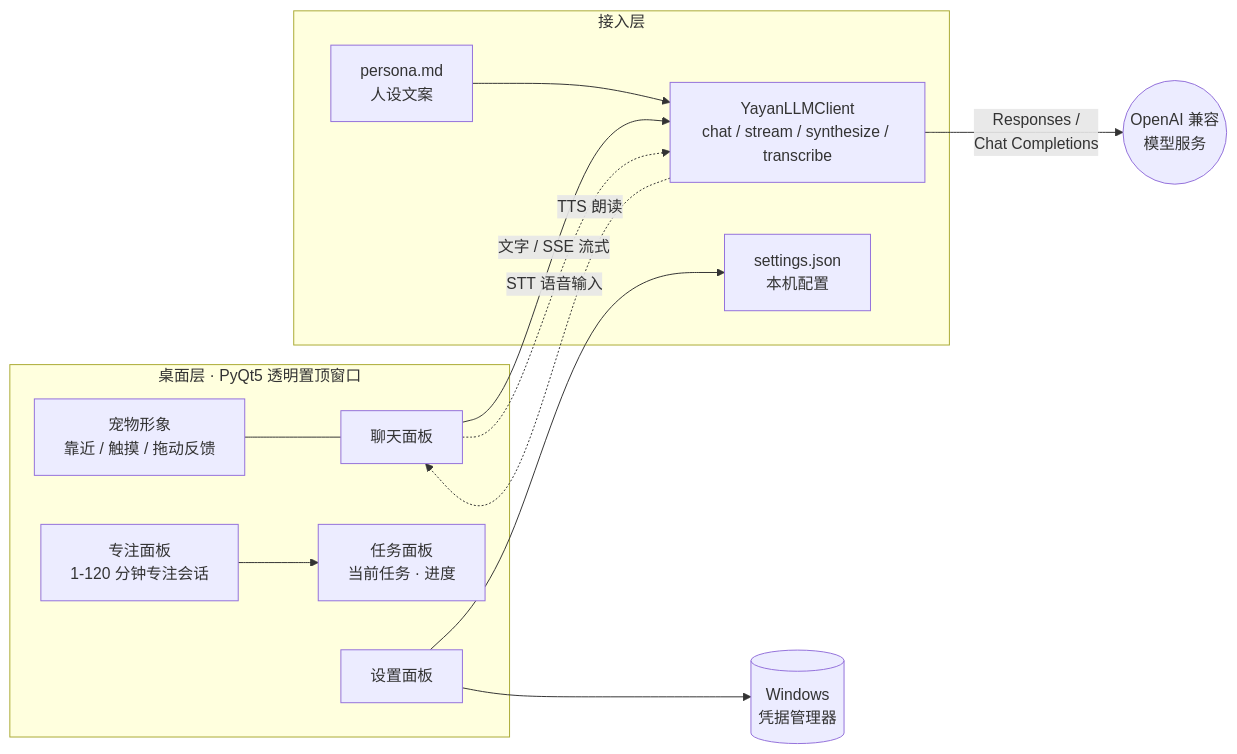
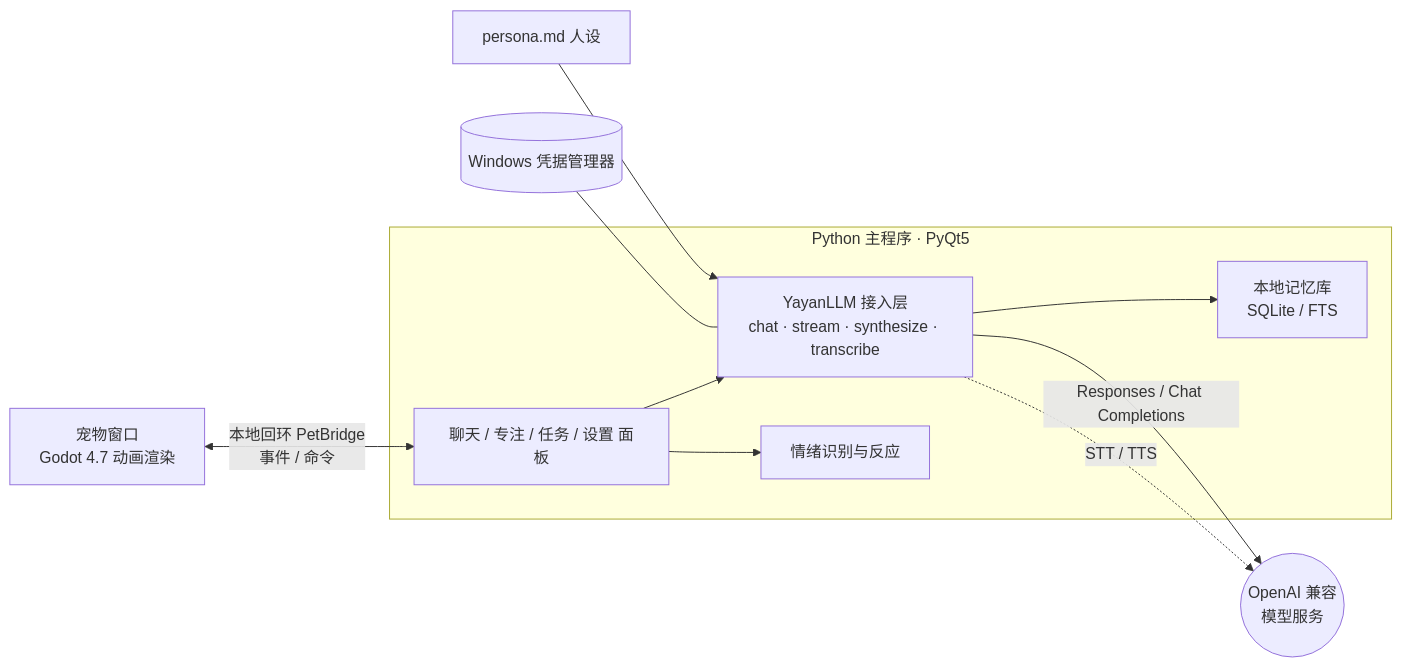
The diagram in README.md (mingfeizhang1028/Deskpet), drawn with Mermaid before and after one commit. The commit also changed other lines of this file, not shown here.

Commit message:
docs: rewrite README for the one-click flow and current features

````diff
--- a/README.md
+++ b/README.md
@@ -54,27 +114,20 @@
 ```mermaid
 flowchart LR
-    subgraph UI["桌面层 · PyQt5 透明置顶窗口"]
-        PET["宠物形象<br/>靠近 / 触摸 / 拖动反馈"]
-        CHAT["聊天面板"]
-        FOCUS["专注面板<br/>1-120 分钟专注会话"]
-        TASK["任务面板<br/>当前任务 · 进度"]
-        CONF["设置面板"]
+    PET["宠物窗口<br/>Godot 4.7 动画渲染"]
+    subgraph CORE["Python 主程序 · PyQt5"]
+        PANELS["聊天 / 专注 / 任务 / 设置 面板"]
+        CLIENT["YayanLLM 接入层<br/>chat · stream · synthesize · transcribe"]
+        MEM["本地记忆库<br/>SQLite / FTS"]
+        EMO["情绪识别与反应"]
     end
-    subgraph CORE["接入层"]
-        CLIENT["YayanLLMClient<br/>chat / stream / synthesize / transcribe"]
-        PERSONA["persona.md<br/>人设文案"]
-        SETTINGS["settings.json<br/>本机配置"]
-    end
-    KEYRING[("Windows<br/>凭据管理器")]
+    PERSONA["persona.md 人设"] --> CLIENT
+    KEYRING[("Windows 凭据管理器")] --- CLIENT
     API(("OpenAI 兼容<br/>模型服务"))
 
-    PET --- CHAT
-    CHAT -->|"文字 / SSE 流式"| CLIENT
-    CHAT -.->|"STT 语音输入"| CLIENT
-    CLIENT -.->|"TTS 朗读"| CHAT
-    FOCUS --> TASK
-    CONF --> SETTINGS
-    CONF --> KEYRING
-    PERSONA --> CLIENT
-    CLIENT -->|"Responses /<br/>Chat Completions"| API
+    PET <-->|"本地回环 PetBridge<br/>事件 / 命令"| PANELS
+    PANELS --> CLIENT
+    PANELS --> EMO
+    CLIENT --> MEM
+    CLIENT -->|"Responses / Chat Completions"| API
+    CLIENT -.->|"STT / TTS"| API
 ```
````
